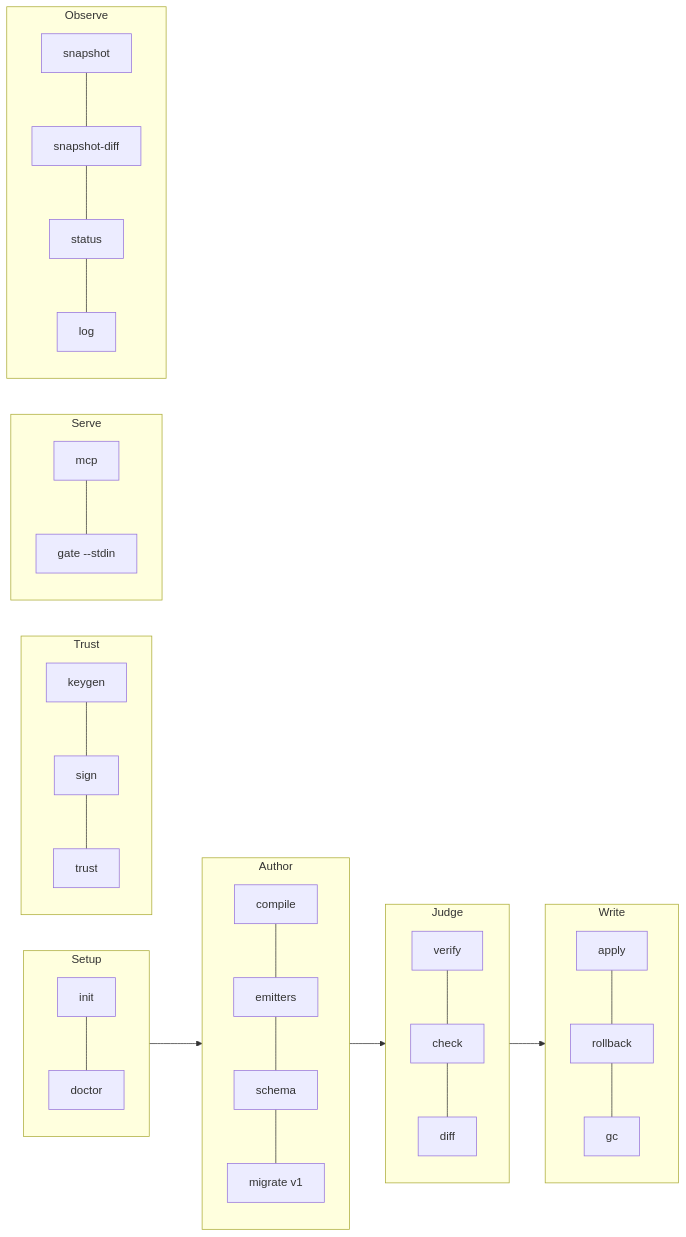
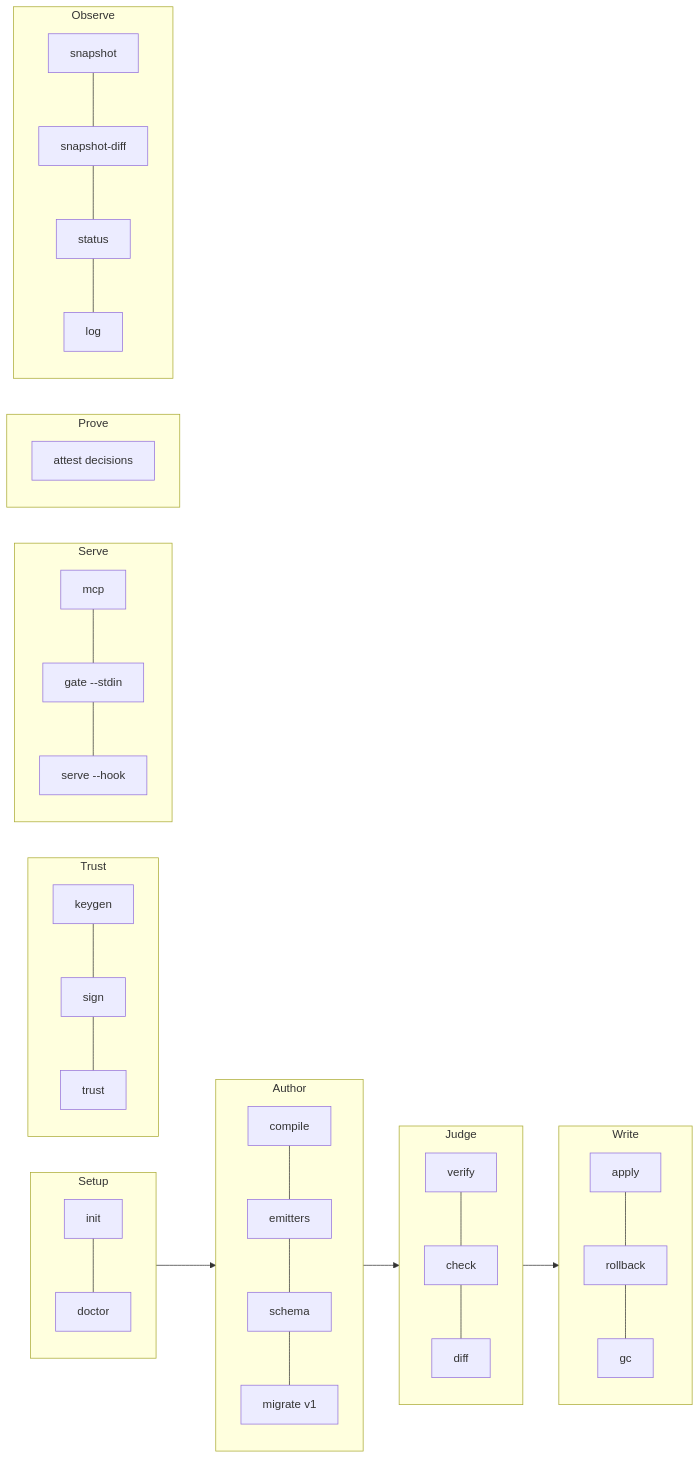
Before and after one commit to dragoscv/axiom: the diagram in docs/reference/cli.md, drawn with Mermaid. The commit also changed other lines of this file and 61 other files, not shown here.

First line of the commit message:
feat(mcp): Phase 8 - resident gate daemon, axiom-hook, nine harnesses, axiom_write, agent-decision attestations (D-36, D-37)

````diff
--- a/docs/reference/cli.md
+++ b/docs/reference/cli.md
@@ -23,25 +24,28 @@
 ```mermaid
 flowchart LR
   subgraph setup [Setup]
     I1[init] --- I2[doctor]
   end
   subgraph author [Author]
     A1[compile] --- A2[emitters] --- A3[schema] --- A4[migrate v1]
   end
   subgraph judge [Judge]
     J1[verify] --- J2[check] --- J3[diff]
   end
   subgraph write [Write]
     W1[apply] --- W2[rollback] --- W3[gc]
   end
   subgraph trust [Trust]
     T1[keygen] --- T2[sign] --- T3[trust]
   end
   subgraph serve [Serve]
-    S1[mcp] --- S2[gate --stdin]
+    S1[mcp] --- S2[gate --stdin] --- S3[serve --hook]
+  end
+  subgraph prove [Prove]
+    P1[attest decisions]
   end
   subgraph observe [Observe]
     O1[snapshot] --- O2[snapshot-diff] --- O3[status] --- O4[log]
   end
   setup --> author --> judge --> write
 ```
````
